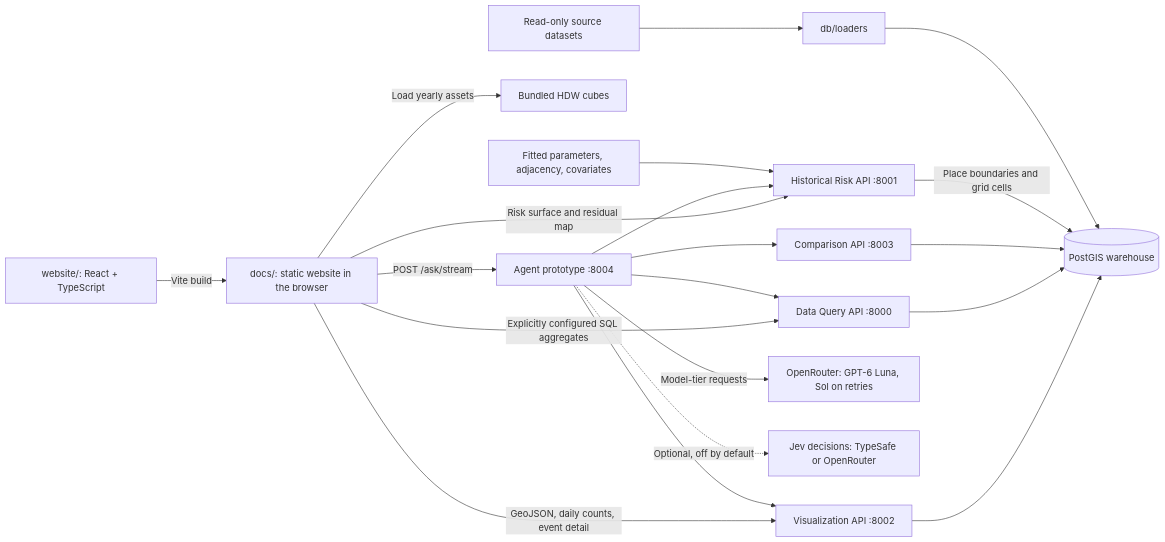
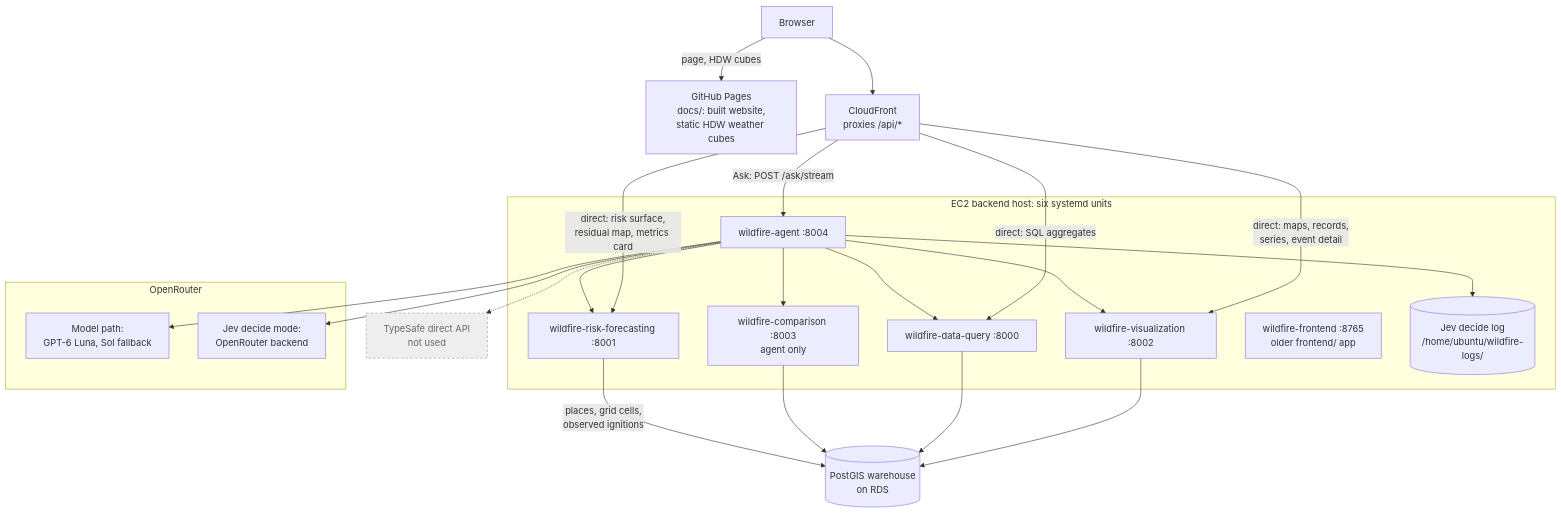
Before and after one commit to Woody-Zhu-Group/Wildfire-Platform: the first of 3 diagrams in README.md, drawn with Mermaid. The commit also changed other lines of this file and 1 other file, not shown here.

First line of the commit message:
Replace the README architecture diagram with three Mermaid diagrams: deployment, the life of a question, and data.

````diff
--- a/README.md
+++ b/README.md
@@ -9,21 +13,49 @@
 ```mermaid
-flowchart LR
-    Source["website/: React + TypeScript"] -->|Vite build| Web["docs/: static website in the browser"]
-    Web -->|GeoJSON, daily counts, event detail| Viz["Visualization API :8002"]
-    Web -->|POST /ask/stream| Agent["Agent prototype :8004"]
-    Web -->|Explicitly configured SQL aggregates| Query
-    Web -->|Load yearly assets| HDW["Bundled HDW cubes"]
-    Web -->|Risk surface and residual map| Risk
+flowchart TD
+    Browser["Browser"]
+    Site["GitHub Pages<br>docs/: built website,<br>static HDW weather cubes"]
+    CF["CloudFront<br>proxies /api/*"]
+
+    Browser -->|"page, HDW cubes"| Site
+    Browser --> CF
+
+    subgraph EC2["EC2 backend host: six systemd units"]
+        Agent["wildfire-agent :8004"]
+        Viz["wildfire-visualization :8002"]
+        DQ["wildfire-data-query :8000"]
+        Risk["wildfire-risk-forecasting :8001"]
+        Cmp["wildfire-comparison :8003<br>agent only"]
+        FE["wildfire-frontend :8765<br>older frontend/ app"]
+        JevLog[("Jev decide log<br>/home/ubuntu/wildfire-logs/")]
+    end
+
+    CF -->|"Ask: POST /ask/stream"| Agent
+    CF -->|"direct: maps, records,<br>series, event detail"| Viz
+    CF -->|"direct: SQL aggregates"| DQ
+    CF -->|"direct: risk surface,<br>residual map, metrics card"| Risk
+
     Agent --> Viz
-    Agent --> Query["Data Query API :8000"]
-    Agent --> Compare["Comparison API :8003"]
-    Agent --> Risk["Historical Risk API :8001"]
-    Agent -->|Model-tier requests| LLM["OpenRouter: GPT-6 Luna, Sol on retries"]
-    Agent -.->|Optional, off by default| Jev["Jev decisions: TypeSafe or OpenRouter"]
-    Viz --> DB[(PostGIS warehouse)]
-    Query --> DB
-    Compare --> DB
-    Risk -->|Place boundaries and grid cells| DB
-    Inputs["Fitted parameters, adjacency, covariates"] --> Risk
-    Raw["Read-only source datasets"] --> Loaders["db/loaders"] --> DB
+    Agent --> DQ
+    Agent --> Risk
+    Agent --> Cmp
+    Agent --> JevLog
+
+    DB[("PostGIS warehouse<br>on RDS")]
+    Viz --> DB
+    DQ --> DB
+    Cmp --> DB
+    Risk -->|"places, grid cells,<br>observed ignitions"| DB
+
+    subgraph OR["OpenRouter"]
+        Luna["Model path:<br>GPT-6 Luna, Sol fallback"]
+        Jev["Jev decide mode:<br>OpenRouter backend"]
+    end
+    TS["TypeSafe direct API<br>not used"]
+
+    Agent --> Luna
+    Agent --> Jev
+    Agent -.-> TS
+
+    classDef off fill:#eeeeee,stroke:#999999,color:#666666,stroke-dasharray: 4 4
+    class TS off
 ```
````
